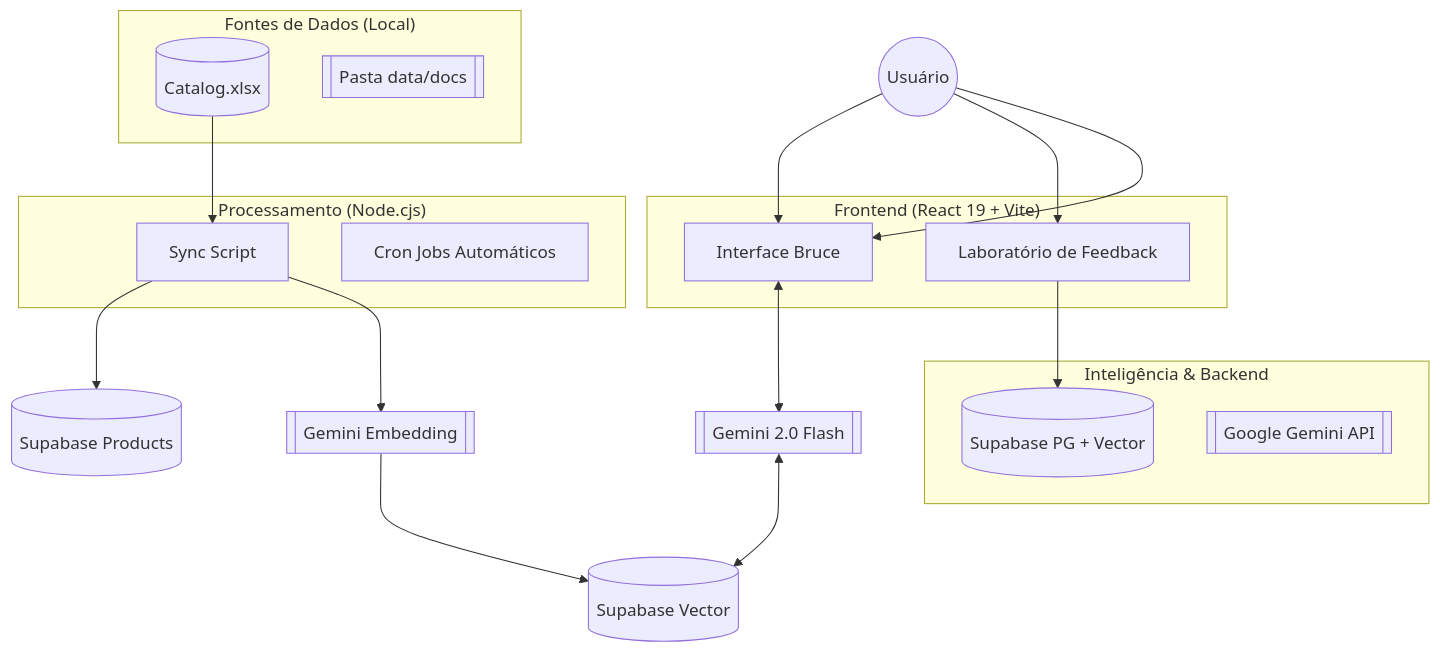
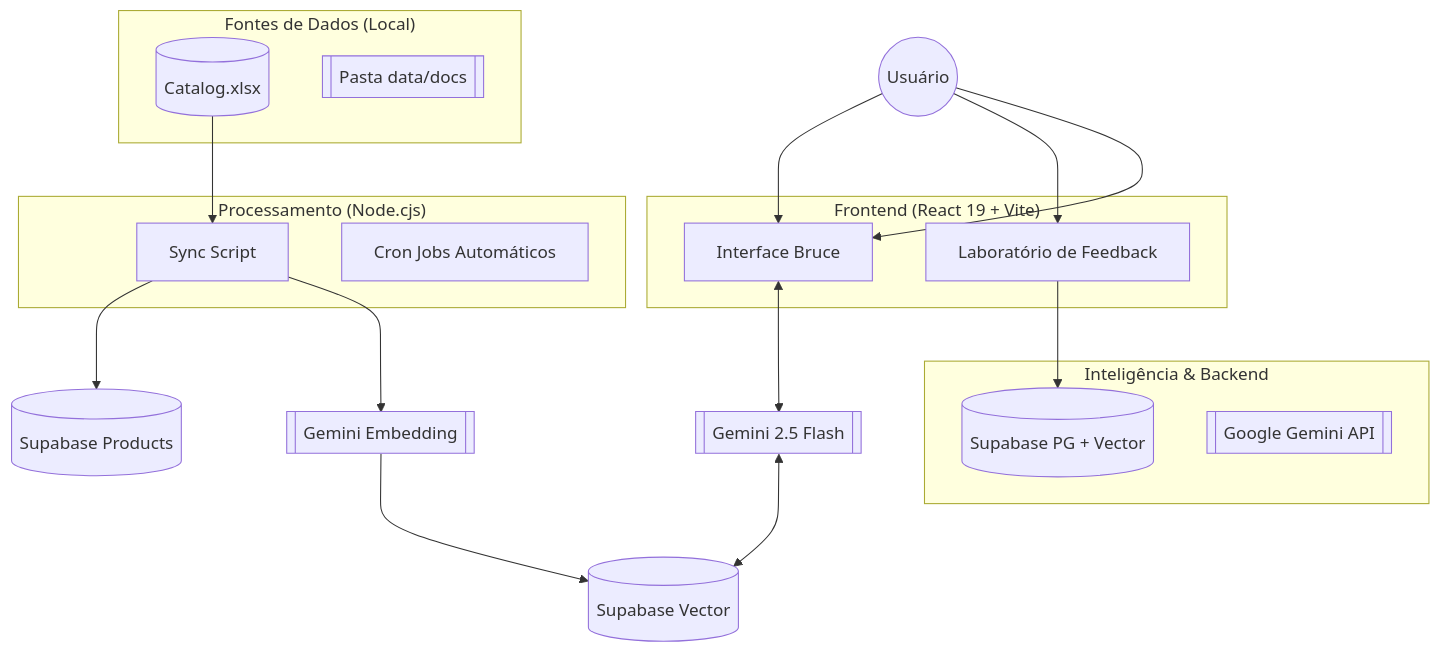
One commit to arthurmaranhaoo/trillia-platform changed the first of 2 diagrams in ARCHITECTURE.md. Above: the diagram before and after it, drawn with Mermaid. The commit also changed other lines of this file and 1 other file, not shown here.

Commit message:
upd: strictly upgrade to Gemini 2.5 Flash as requested

````diff
--- a/ARCHITECTURE.md
+++ b/ARCHITECTURE.md
@@ -8,37 +8,37 @@
 ```mermaid
 graph TD
     User((Usuário))
     
     subgraph "Frontend (React 19 + Vite)"
         UI[Interface Bruce Assistente]
         Form[Laboratório de Feedback]
     end
     
     subgraph "Fontes de Dados (Local)"
         Excel[(Catalog.xlsx)]
         DocsDir[[Pasta data/docs]]
     end
     
     subgraph "Processamento (Node.cjs)"
         Sync[Scripts de Sincronização]
         Cron[Cron Jobs Automáticos]
     end
     
     subgraph "Inteligência & Backend"
         Supa[(Supabase PG + Vector)]
         Gemini[[Google Gemini API]]
     end
 
     User --> UI
     User --> Form
     Form --> Supa
     
     Excel[(Catalog.xlsx)] --> Sync[Sync Script]
     Sync --> SupaRel[(Supabase Products)]
     Sync --> GeminiEmb[[Gemini Embedding]]
     GeminiEmb --> SupaVec[(Supabase Vector)]
     
     User --> UI[Interface Bruce]
-    UI <--> GeminiFlash[[Gemini 2.0 Flash]]
+    UI <--> GeminiFlash[[Gemini 2.5 Flash]]
     GeminiFlash <--> SupaVec
 ```
````
